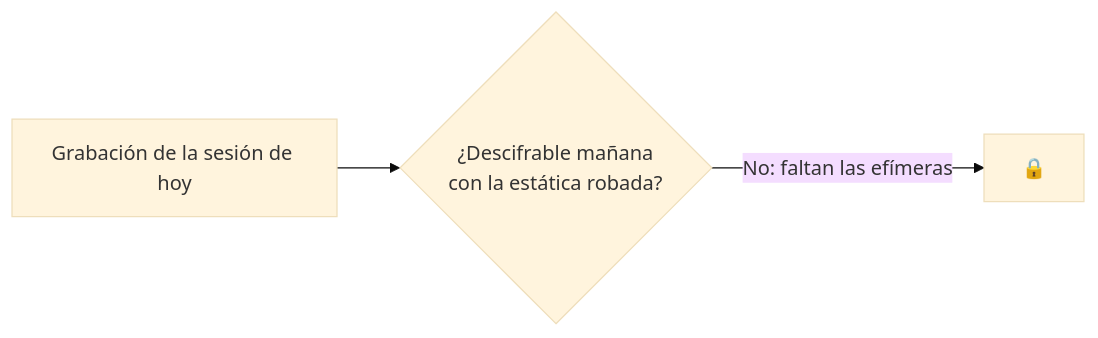
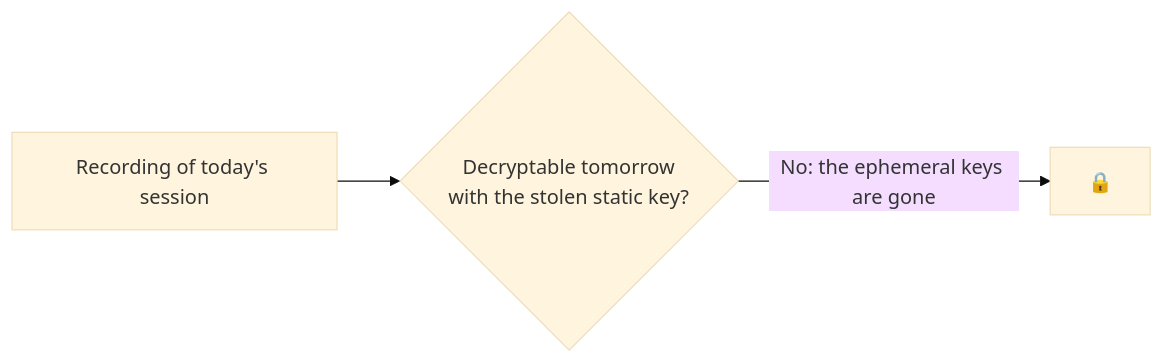
Before and after one commit to fsoftt/Murmur: the second of 2 diagrams in website/concepts/noise.md, drawn with Mermaid (base theme). The commit also changed other lines of this file and 51 other files, not shown here.

````diff
--- a/website/concepts/noise.md
+++ b/website/concepts/noise.md
@@ -49,5 +49,5 @@
 ```mermaid
 flowchart LR
-    G[Grabación de la sesión de hoy] --> X{¿Descifrable mañana<br/>con la estática robada?}
-    X -->|No: faltan las efímeras| N[🔒]
+    G[Recording of today's session] --> X{Decryptable tomorrow<br/>with the stolen static key?}
+    X -->|No: the ephemeral keys are gone| N[🔒]
 ```
````
